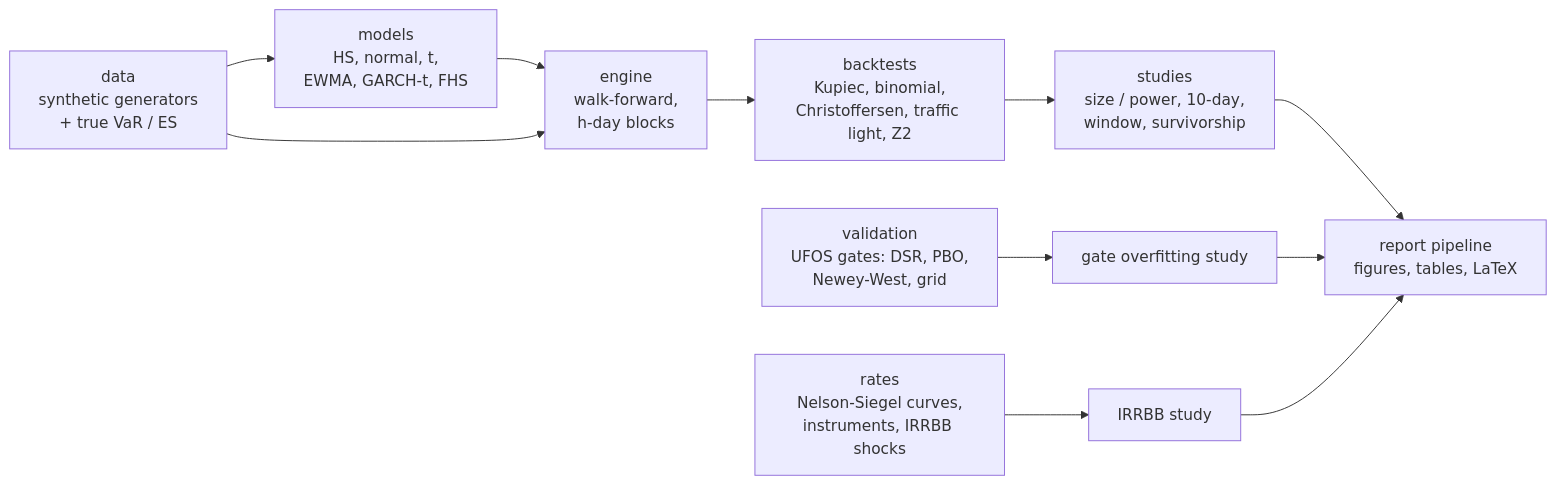
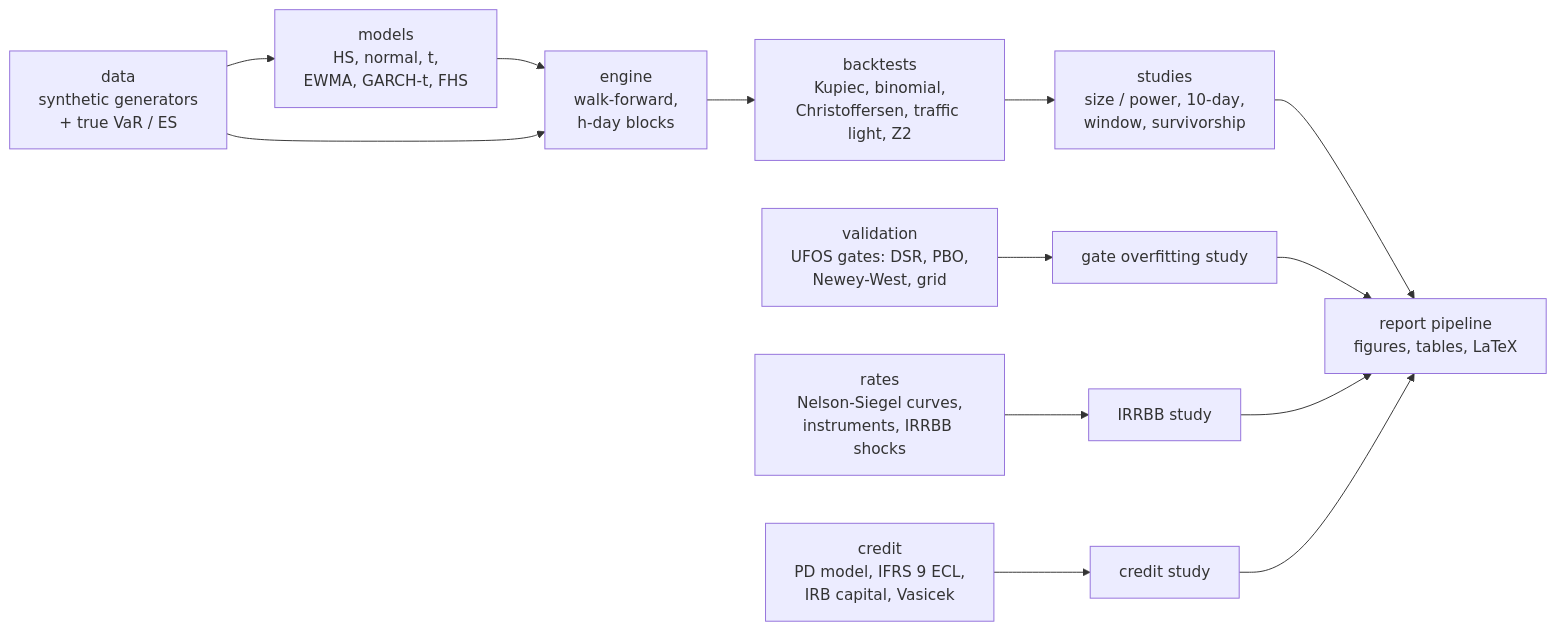
Before and after one commit to DasPinguinHD/UFOS.ai: the diagram in UFOS.ai/RiskLab/README.md, drawn with Mermaid. The commit also changed other lines of this file and 50 other files, not shown here.

First line of the commit message:
RiskLab v0.8: credit risk (PD model, IFRS 9 ECL, Basel IRB capital)

````diff
--- a/UFOS.ai/RiskLab/README.md
+++ b/UFOS.ai/RiskLab/README.md
@@ -115,13 +127,15 @@
 ```mermaid
 flowchart LR
     D["data<br/>synthetic generators<br/>+ true VaR / ES"] --> M["models<br/>HS, normal, t,<br/>EWMA, GARCH-t, FHS"]
     M --> E["engine<br/>walk-forward,<br/>h-day blocks"]
     D --> E
     E --> B["backtests<br/>Kupiec, binomial,<br/>Christoffersen, traffic light, Z2"]
     B --> S["studies<br/>size / power, 10-day,<br/>window, survivorship"]
     V["validation<br/>UFOS gates: DSR, PBO,<br/>Newey-West, grid"] --> S2["gate overfitting study"]
     S --> R["report pipeline<br/>figures, tables, LaTeX"]
     S2 --> R
     C["rates<br/>Nelson-Siegel curves,<br/>instruments, IRRBB shocks"] --> S3["IRRBB study"]
     S3 --> R
+    K["credit<br/>PD model, IFRS 9 ECL,<br/>IRB capital, Vasicek"] --> S4["credit study"]
+    S4 --> R
 ```
````
